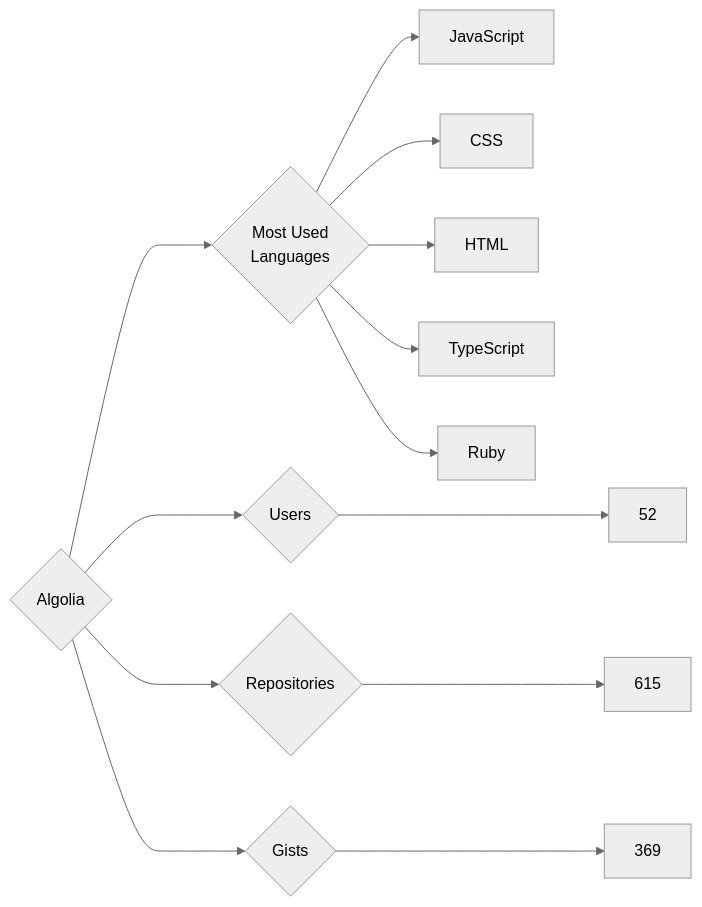
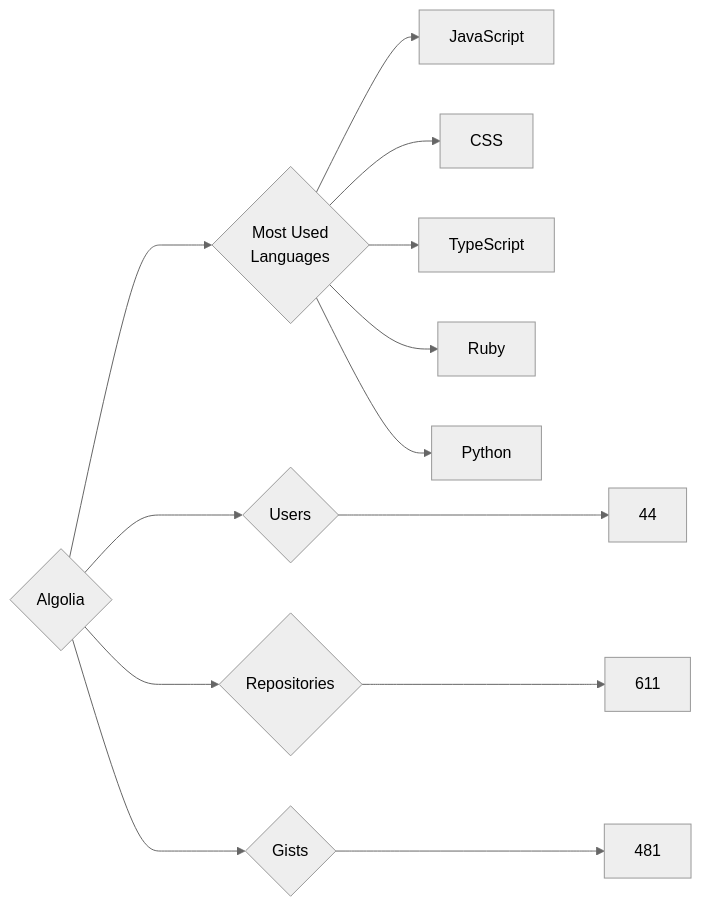
The diagram in targets/Algolia/README.md (trickest/insiders), drawn with Mermaid (neutral theme) before and after one commit. The commit also changed 888 other files, not shown here.

````diff
--- a/targets/Algolia/README.md
+++ b/targets/Algolia/README.md
@@ -3,13 +3,13 @@
 ```mermaid
 graph LR
 COMPANY_NAME{Algolia}
-COMPANY_NAME ---> U{Users} ---> UN[52]
-COMPANY_NAME ---> R{Repositories} ---> RN[615]
-COMPANY_NAME ---> G{Gists} ---> GN[369]
+COMPANY_NAME ---> U{Users} ---> UN[44]
+COMPANY_NAME ---> R{Repositories} ---> RN[611]
+COMPANY_NAME ---> G{Gists} ---> GN[481]
 COMPANY_NAME ---> ML{Most Used<br>Languages}
 ML --> JavaScript[JavaScript]
 ML --> CSS[CSS]
-ML --> HTML[HTML]
 ML --> TypeScript[TypeScript]
 ML --> Ruby[Ruby]
+ML --> Python[Python]
 ```
````
